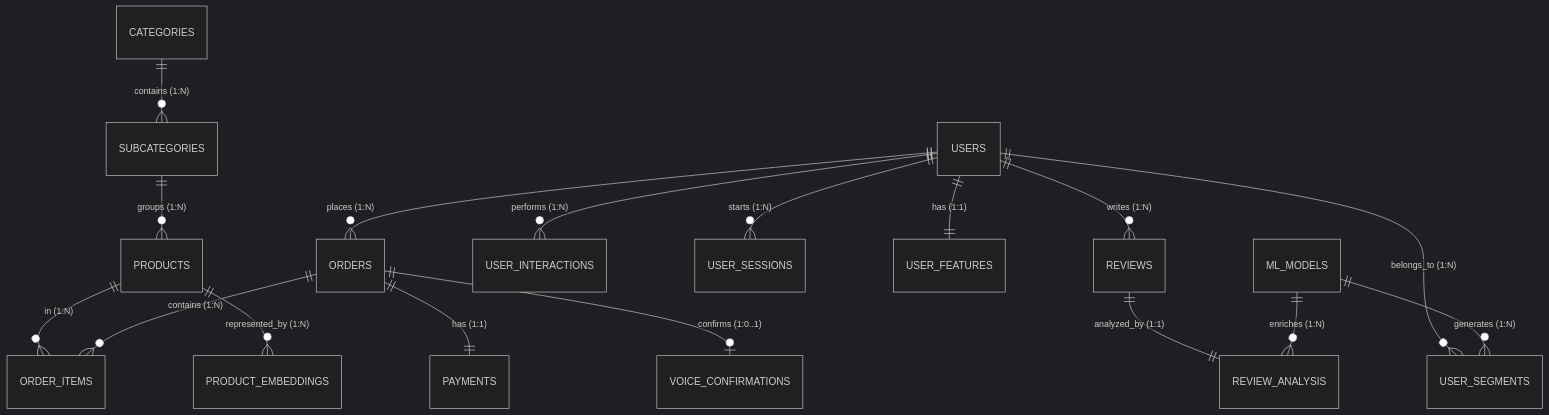
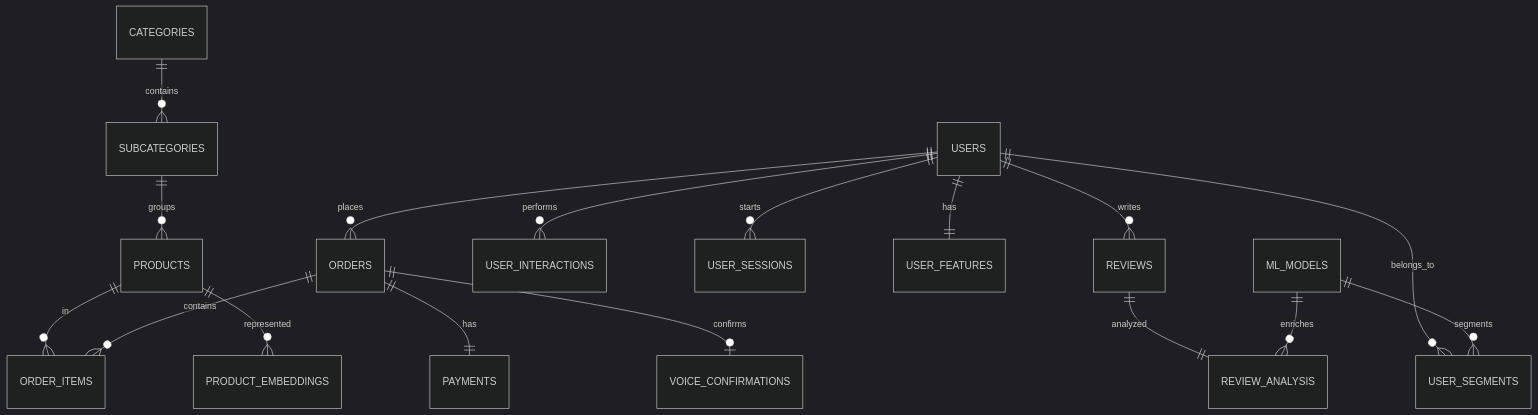
The diagram in README.md (Nourhenebenothmen22/smart-ecommerce-platform), drawn with Mermaid (dark theme) before and after one commit.

Commit message:
docs: simplify ER diagram relationship labels by removing cardinality and rephrasing in README.

````diff
--- a/README.md
+++ b/README.md
@@ -19,23 +19,23 @@
 ```mermaid
 erDiagram
-    USERS ||--o{ ORDERS : "places (1:N)"
-    USERS ||--o{ REVIEWS : "writes (1:N)"
-    USERS ||--o{ USER_INTERACTIONS : "performs (1:N)"
-    USERS ||--o{ USER_SESSIONS : "starts (1:N)"
-    USERS ||--|| USER_FEATURES : "has (1:1)"
-    USERS ||--o{ USER_SEGMENTS : "belongs_to (1:N)"
+    USERS ||--o{ ORDERS : "places"
+    USERS ||--o{ REVIEWS : "writes"
+    USERS ||--o{ USER_INTERACTIONS : "performs"
+    USERS ||--o{ USER_SESSIONS : "starts"
+    USERS ||--|| USER_FEATURES : "has"
+    USERS ||--o{ USER_SEGMENTS : "belongs_to"
 
-    CATEGORIES ||--o{ SUBCATEGORIES : "contains (1:N)"
-    SUBCATEGORIES ||--o{ PRODUCTS : "groups (1:N)"
-    PRODUCTS ||--o{ ORDER_ITEMS : "in (1:N)"
-    ORDERS ||--o{ ORDER_ITEMS : "contains (1:N)"
+    CATEGORIES ||--o{ SUBCATEGORIES : "contains"
+    SUBCATEGORIES ||--o{ PRODUCTS : "groups"
+    PRODUCTS ||--o{ ORDER_ITEMS : "in"
+    ORDERS ||--o{ ORDER_ITEMS : "contains"
     
-    ORDERS ||--|| PAYMENTS : "has (1:1)"
-    ORDERS ||--o| VOICE_CONFIRMATIONS : "confirms (1:0..1)"
+    ORDERS ||--|| PAYMENTS : "has"
+    ORDERS ||--o| VOICE_CONFIRMATIONS : "confirms"
     
-    REVIEWS ||--|| REVIEW_ANALYSIS : "analyzed_by (1:1)"
-    PRODUCTS ||--o{ PRODUCT_EMBEDDINGS : "represented_by (1:N)"
+    REVIEWS ||--|| REVIEW_ANALYSIS : "analyzed"
+    PRODUCTS ||--o{ PRODUCT_EMBEDDINGS : "represented"
     
-    ML_MODELS ||--o{ USER_SEGMENTS : "generates (1:N)"
-    ML_MODELS ||--o{ REVIEW_ANALYSIS : "enriches (1:N)"
+    ML_MODELS ||--o{ USER_SEGMENTS : "segments"
+    ML_MODELS ||--o{ REVIEW_ANALYSIS : "enriches"
 ```
````
